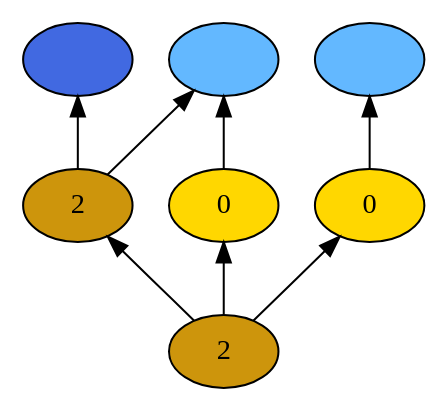
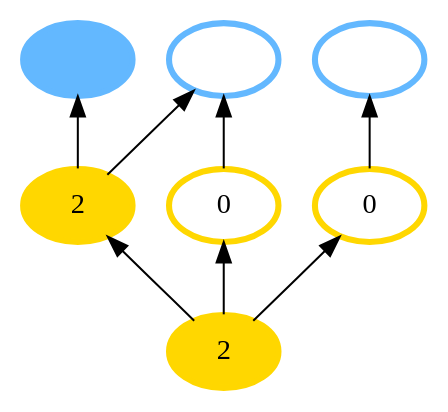
Before and after one commit to probcomp/Venturecxx: the diagram in backend/cxx/pdf_graphs/tutorial_1/dot6.dot, drawn with Graphviz. The commit also changed 54 other files, not shown here.

```diff
--- a/backend/cxx/pdf_graphs/tutorial_1/dot6.dot
+++ b/backend/cxx/pdf_graphs/tutorial_1/dot6.dot
@@ -1,18 +1,18 @@
 digraph {
 rankdir=BT
 fontsize=24
-1["shape" ="ellipse" "style" ="filled" "fillcolor" ="darkgoldenrod3" "label" ="2" ]
-2["shape" ="ellipse" "style" ="filled" "fillcolor" ="darkgoldenrod3" "label" ="2" ]
-3["shape" ="ellipse" "style" ="filled" "fillcolor" ="gold" "label" ="0" ]
-4["shape" ="ellipse" "style" ="filled" "fillcolor" ="gold" "label" ="0" ]
-5["shape" ="ellipse" "style" ="filled" "fillcolor" ="royalblue" "label" ="" ]
-6["shape" ="ellipse" "style" ="filled" "fillcolor" ="steelblue1" "label" ="" ]
-7["shape" ="ellipse" "style" ="filled" "fillcolor" ="steelblue1" "label" ="" ]
+1["style" ="filled" "color" ="gold" "label" ="2" "shape" ="ellipse" "fillcolor" ="gold" "penwidth" ="3" ]
+2["style" ="filled" "color" ="gold" "label" ="2" "shape" ="ellipse" "fillcolor" ="gold" "penwidth" ="3" ]
+3["style" ="filled" "color" ="gold" "label" ="0" "shape" ="ellipse" "fillcolor" ="white" "penwidth" ="3" ]
+4["style" ="filled" "color" ="gold" "label" ="0" "shape" ="ellipse" "fillcolor" ="white" "penwidth" ="3" ]
+5["style" ="filled" "color" ="steelblue1" "label" ="" "shape" ="ellipse" "fillcolor" ="steelblue1" "penwidth" ="3" ]
+6["style" ="filled" "color" ="steelblue1" "label" ="" "shape" ="ellipse" "fillcolor" ="white" "penwidth" ="3" ]
+7["style" ="filled" "color" ="steelblue1" "label" ="" "shape" ="ellipse" "fillcolor" ="white" "penwidth" ="3" ]
 1 -> 2["color" ="black" "style" ="solid" "arrowhead" ="normal" ]
 1 -> 3["color" ="black" "style" ="solid" "arrowhead" ="normal" ]
 1 -> 4["color" ="black" "style" ="solid" "arrowhead" ="normal" ]
 2 -> 5["color" ="black" "style" ="solid" "arrowhead" ="normal" ]
 2 -> 6["color" ="black" "style" ="solid" "arrowhead" ="normal" ]
 3 -> 6["color" ="black" "style" ="solid" "arrowhead" ="normal" ]
 4 -> 7["color" ="black" "style" ="solid" "arrowhead" ="normal" ]
 }
```
